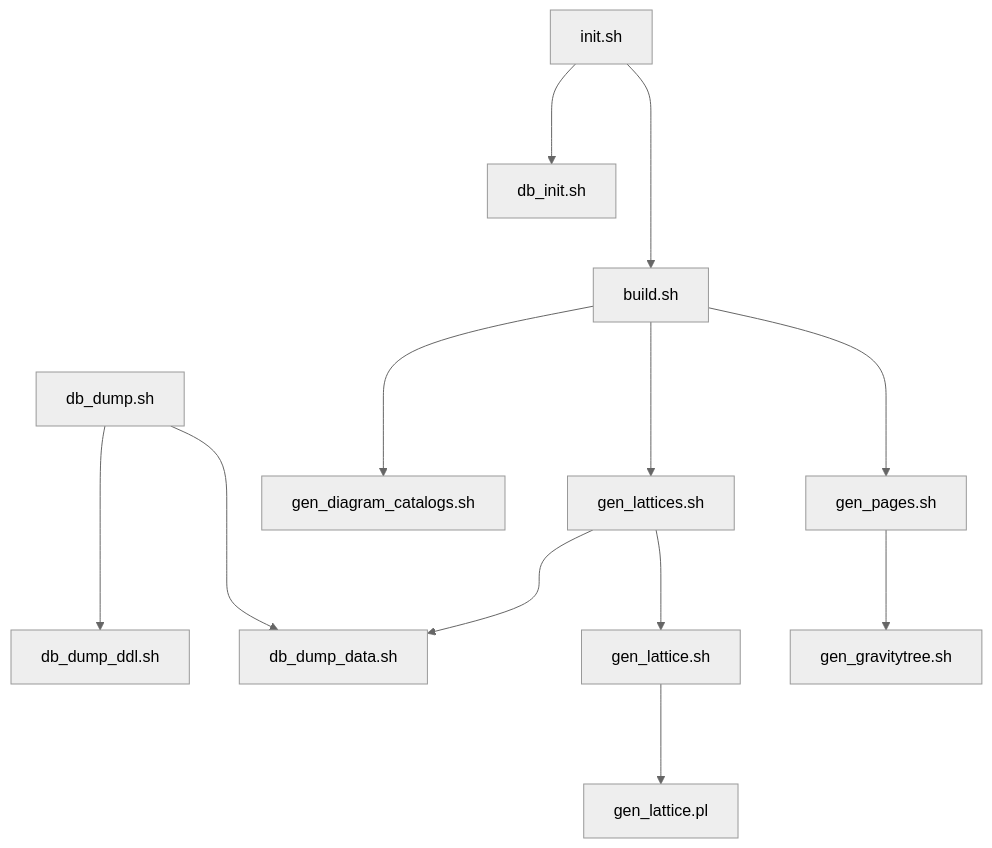
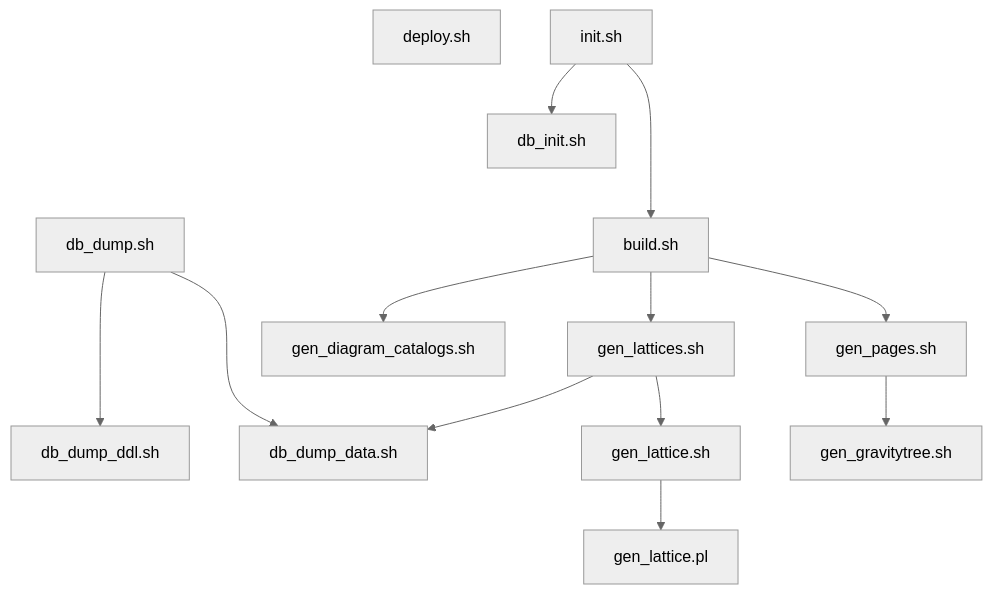
Before and after one commit to pupitetris/Exploratorium: the second of 3 diagrams in README.md, drawn with Mermaid (neutral theme). The commit also changed other lines of this file, not shown here.

````diff
--- a/README.md
+++ b/README.md
@@ -194,14 +198,15 @@
 ```mermaid
 flowchart TD
-    init.sh ---> db_init.sh
-    init.sh ----> build.sh
-    build.sh ---> gen_lattices.sh
-    build.sh ---> gen_pages.sh
-    build.sh ---> gen_diagram_catalogs.sh
-    db_dump.sh ----> db_dump_ddl.sh
-    db_dump.sh ----> db_dump_data.sh
-    gen_lattice.sh ---> gen_lattice.pl
-    gen_lattices.sh ---> db_dump_data.sh
-    gen_lattices.sh ---> gen_lattice.sh
-    gen_pages.sh ---> gen_gravitytree.sh
+    deploy.sh
+    init.sh --> db_init.sh
+    init.sh ---> build.sh
+    build.sh --> gen_lattices.sh
+    build.sh --> gen_pages.sh
+    build.sh --> gen_diagram_catalogs.sh
+    db_dump.sh ---> db_dump_ddl.sh
+    db_dump.sh ---> db_dump_data.sh
+    gen_lattice.sh --> gen_lattice.pl
+    gen_lattices.sh --> db_dump_data.sh
+    gen_lattices.sh --> gen_lattice.sh
+    gen_pages.sh --> gen_gravitytree.sh
 ```
````
